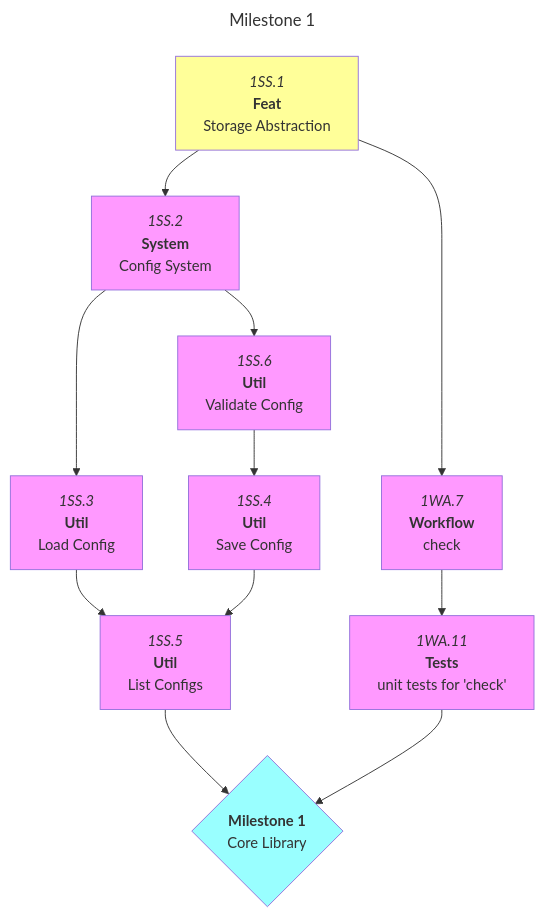
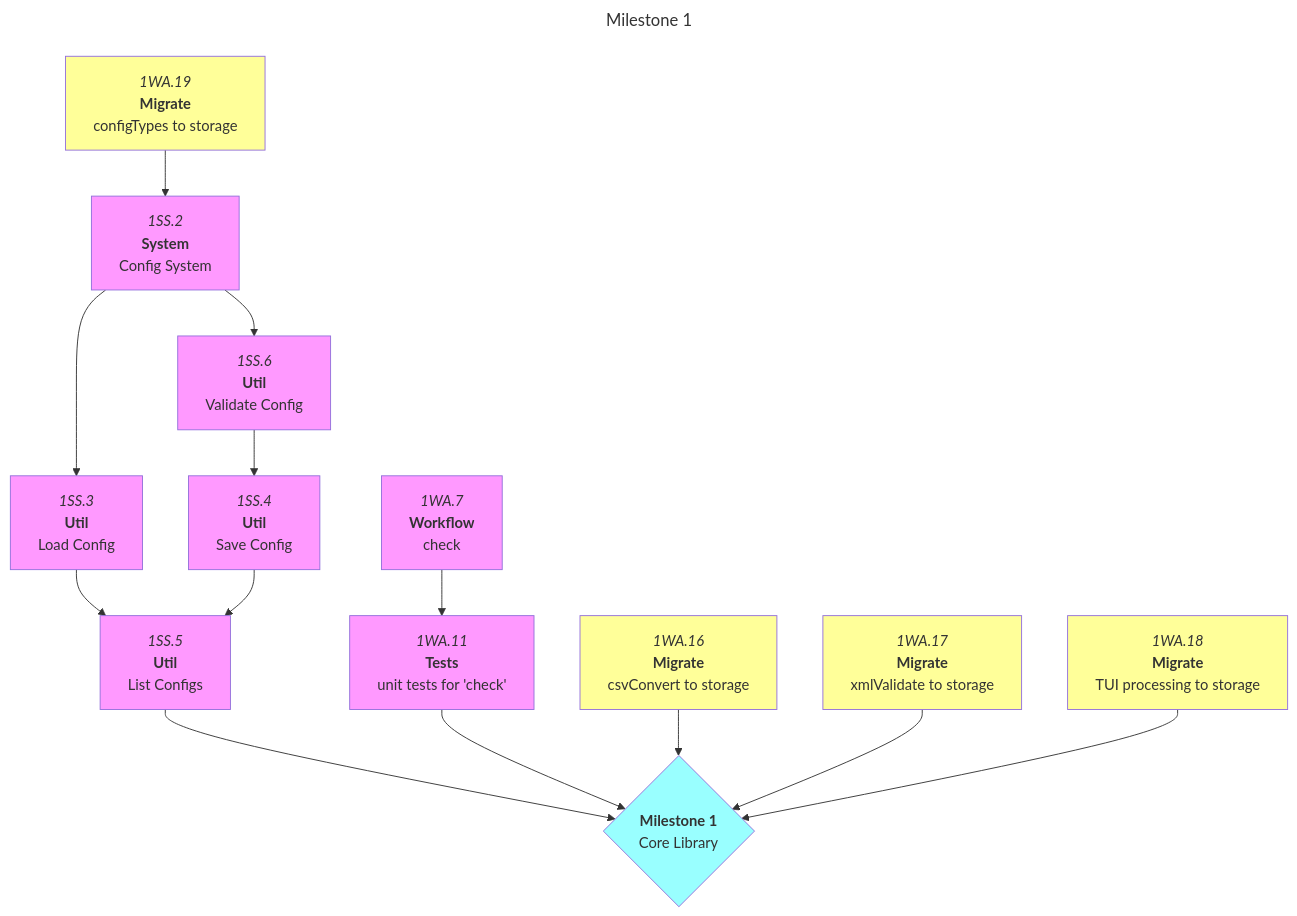
One commit to foundersandcoders/iris changed the first of 6 diagrams in docs/roadmaps/mvp.md. Above: the diagram before and after it, drawn with Mermaid. The commit also changed other lines of this file, not shown here.

Commit message:
docs: update roadmap

````diff
--- a/docs/roadmaps/mvp.md
+++ b/docs/roadmaps/mvp.md
@@ -46,22 +46,26 @@
 ```mermaid
 ---
 title: Milestone 1
 ---
 graph TD
 
-1SS.1["`*1SS.1*<br/>**Feat**<br/>Storage Abstraction`"]:::open --> 1SS.2 & 1WA.7
 1SS.2["`*1SS.2*<br/>**System**<br/>Config System`"] --> 1SS.3 & 1SS.6
 1SS.3["`*1SS.3*<br/>**Util**<br/>Load Config`"] --> 1SS.5
 1SS.4["`*1SS.4*<br/>**Util**<br/>Save Config`"] --> 1SS.5
 1SS.5["`*1SS.5*<br/>**Util**<br/>List Configs`"] --> m1
 1SS.6["`*1SS.6*<br/>**Util**<br/>Validate Config`"] --> 1SS.4
 
 1WA.7["`*1WA.7*<br/>**Workflow**<br/>check`"] --> 1WA.11
 1WA.11["`*1WA.11*<br/>**Tests**<br/>unit tests for 'check'`"] --> m1
 
+1WA.16["`*1WA.16*<br/>**Migrate**<br/>csvConvert to storage`"]:::open --> m1
+1WA.17["`*1WA.17*<br/>**Migrate**<br/>xmlValidate to storage`"]:::open --> m1
+1WA.18["`*1WA.18*<br/>**Migrate**<br/>TUI processing to storage`"]:::open --> m1
+1WA.19["`*1WA.19*<br/>**Migrate**<br/>configTypes to storage`"]:::open --> 1SS.2
+
 m1{"`**Milestone 1**<br/>Core Library`"}:::mile
 
 classDef default,blocked fill:#f9f;
 classDef open fill:#ff9;
 classDef mile fill:#9ff;
 ```
````
